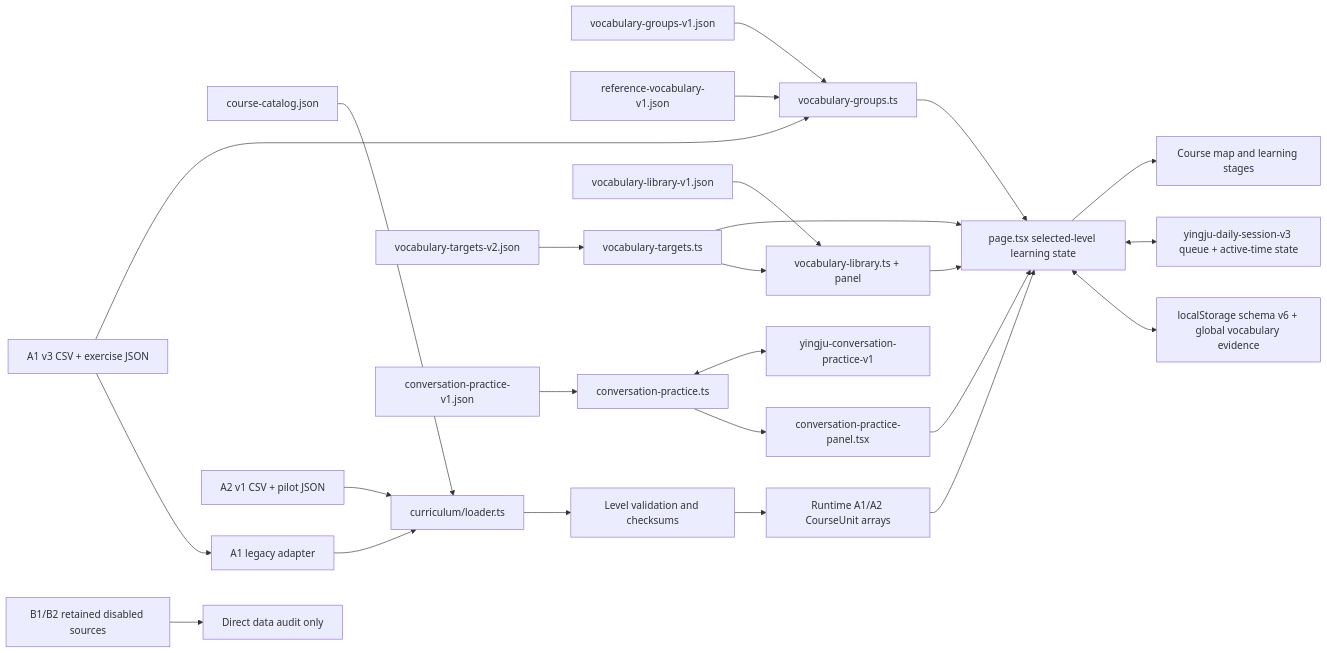
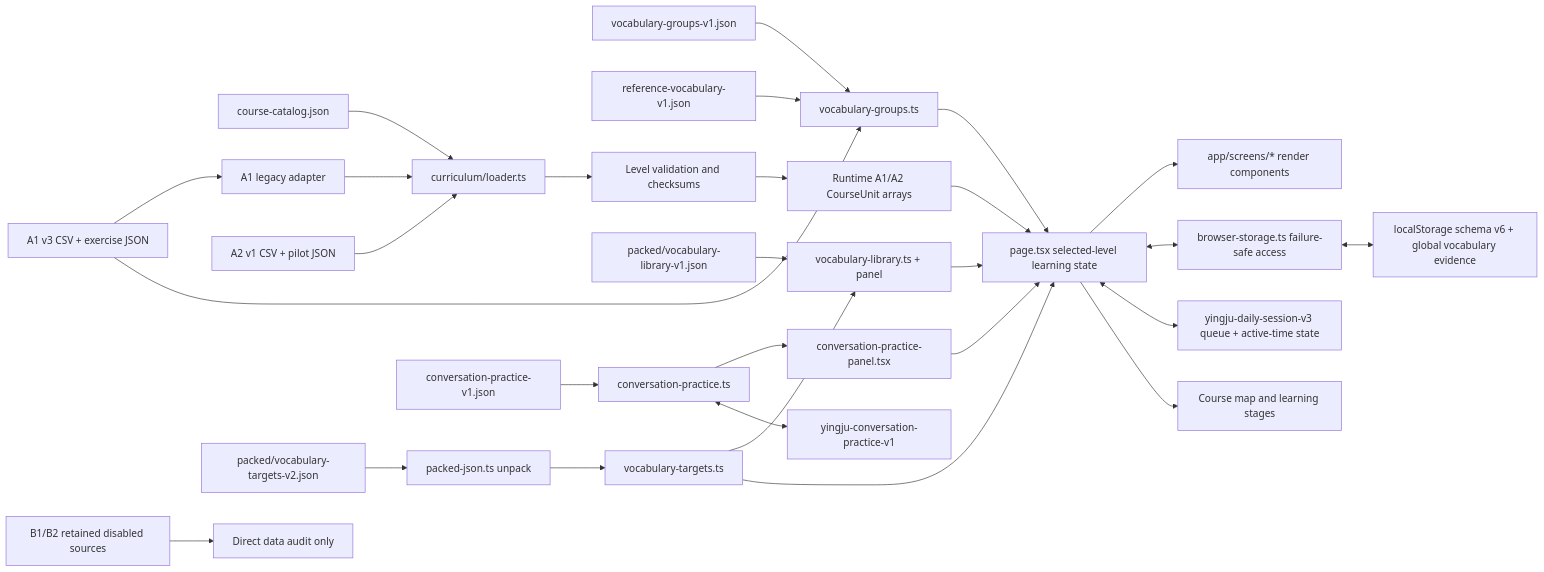
One commit to ej04520yjo4/EnglishWeb changed the first of 2 diagrams in ARCHITECTURE.md. Above: the diagram before and after it, drawn with Mermaid. The commit also changed other lines of this file and 10 other files, not shown here.

````diff
--- a/ARCHITECTURE.md
+++ b/ARCHITECTURE.md
@@ -9,27 +9,30 @@
 ```mermaid
 flowchart LR
   Catalog["course-catalog.json"] --> LevelLoader["curriculum/loader.ts"]
   A1["A1 v3 CSV + exercise JSON"] --> Adapter["A1 legacy adapter"]
   A2["A2 v1 CSV + pilot JSON"] --> LevelLoader
   Disabled["B1/B2 retained disabled sources"] --> Audit["Direct data audit only"]
   Groups["vocabulary-groups-v1.json"] --> Vocabulary["vocabulary-groups.ts"]
   Reference["reference-vocabulary-v1.json"] --> Vocabulary
-  Targets["vocabulary-targets-v2.json"] --> TargetModule["vocabulary-targets.ts"]
-  Library["vocabulary-library-v1.json"] --> LibraryModule["vocabulary-library.ts + panel"]
+  Targets["packed/vocabulary-targets-v2.json"] --> Unpack["packed-json.ts unpack"]
+  Unpack --> TargetModule["vocabulary-targets.ts"]
+  Library["packed/vocabulary-library-v1.json"] --> LibraryModule["vocabulary-library.ts + panel"]
   TargetModule --> LibraryModule
   LibraryModule --> Page
   A1 --> Vocabulary
   Adapter --> LevelLoader
   LevelLoader --> Validate["Level validation and checksums"]
   Validate --> Units["Runtime A1/A2 CourseUnit arrays"]
   Units --> Page["page.tsx selected-level learning state"]
+  Page --> Screens["app/screens/* render components"]
   Vocabulary --> Page
   TargetModule --> Page
   Conversation["conversation-practice-v1.json"] --> ConversationModule["conversation-practice.ts"]
   ConversationModule --> ConversationPanel["conversation-practice-panel.tsx"]
   ConversationModule <--> ConversationStorage["yingju-conversation-practice-v1"]
   ConversationPanel --> Page
-  Page <--> Storage["localStorage schema v6 + global vocabulary evidence"]
+  Page <--> SafeStorage["browser-storage.ts failure-safe access"]
+  SafeStorage <--> Storage["localStorage schema v6 + global vocabulary evidence"]
   Page <--> DailyStorage["yingju-daily-session-v3 queue + active-time state"]
   Page --> UI["Course map and learning stages"]
 ```
````
